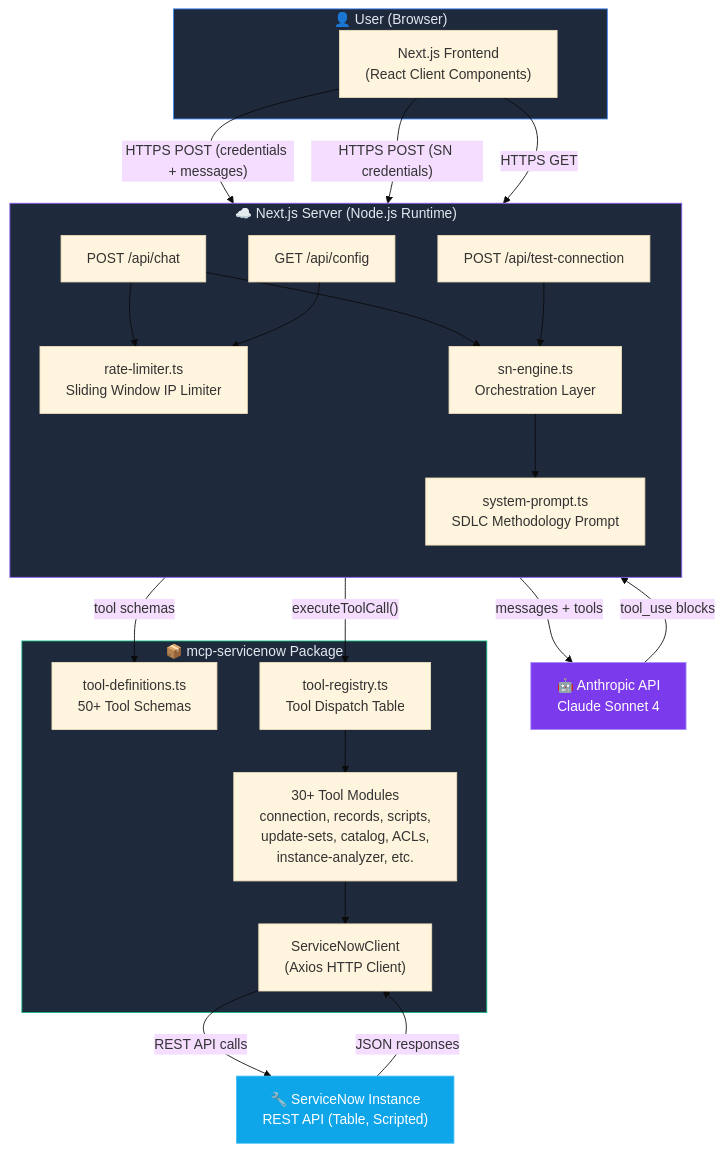
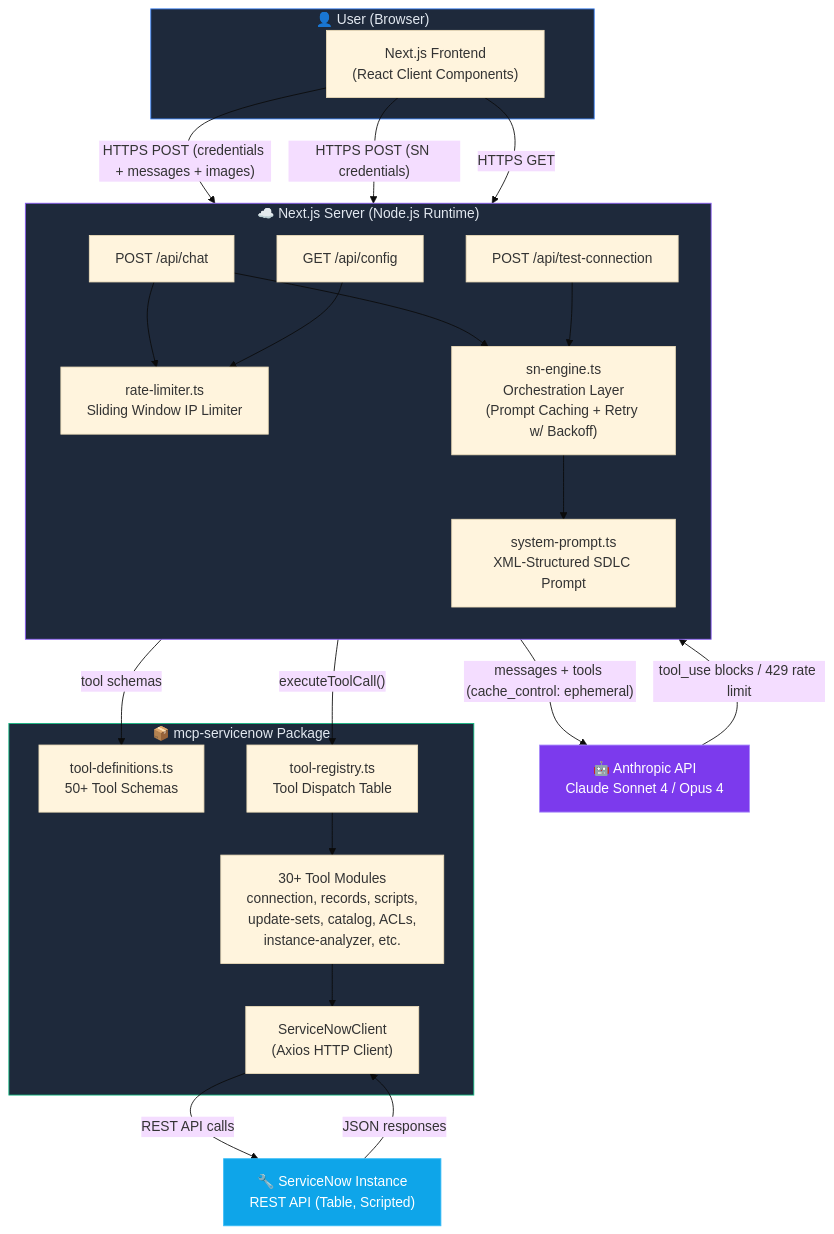
Before and after one commit to rtnsht/SN-AI-Dev-Agent: the first of 6 diagrams in docs/architecture.md, drawn with Mermaid (base theme). The commit also changed other lines of this file and 16 other files, not shown here.

````diff
--- a/docs/architecture.md
+++ b/docs/architecture.md
@@ -9,51 +9,51 @@
 ```mermaid
 graph TB
     subgraph USER["👤 User (Browser)"]
         UI["Next.js Frontend<br/>(React Client Components)"]
     end
 
     subgraph NEXTJS["☁️ Next.js Server (Node.js Runtime)"]
         direction TB
         API_CHAT["POST /api/chat"]
         API_CONN["POST /api/test-connection"]
         API_CFG["GET /api/config"]
-        ENGINE["sn-engine.ts<br/>Orchestration Layer"]
-        PROMPT["system-prompt.ts<br/>SDLC Methodology Prompt"]
+        ENGINE["sn-engine.ts<br/>Orchestration Layer<br/>(Prompt Caching + Retry w/ Backoff)"]
+        PROMPT["system-prompt.ts<br/>XML-Structured SDLC Prompt"]
         RATE["rate-limiter.ts<br/>Sliding Window IP Limiter"]
     end
 
     subgraph MCP["📦 mcp-servicenow Package"]
         DEFS["tool-definitions.ts<br/>50+ Tool Schemas"]
         REG["tool-registry.ts<br/>Tool Dispatch Table"]
         CLIENT["ServiceNowClient<br/>(Axios HTTP Client)"]
         TOOLS["30+ Tool Modules<br/>connection, records, scripts,<br/>update-sets, catalog, ACLs,<br/>instance-analyzer, etc."]
     end
 
-    ANTHROPIC["🤖 Anthropic API<br/>Claude Sonnet 4"]
+    ANTHROPIC["🤖 Anthropic API<br/>Claude Sonnet 4 / Opus 4"]
     SN["🔧 ServiceNow Instance<br/>REST API (Table, Scripted)"]
 
-    UI -- "HTTPS POST (credentials + messages)" --> API_CHAT
+    UI -- "HTTPS POST (credentials + messages + images)" --> API_CHAT
     UI -- "HTTPS POST (SN credentials)" --> API_CONN
     UI -- "HTTPS GET" --> API_CFG
 
     API_CHAT --> RATE
     API_CHAT --> ENGINE
     API_CONN --> ENGINE
     API_CFG --> RATE
 
     ENGINE --> PROMPT
     ENGINE -- "tool schemas" --> DEFS
-    ENGINE -- "messages + tools" --> ANTHROPIC
-    ANTHROPIC -- "tool_use blocks" --> ENGINE
+    ENGINE -- "messages + tools (cache_control: ephemeral)" --> ANTHROPIC
+    ANTHROPIC -- "tool_use blocks / 429 rate limit" --> ENGINE
     ENGINE -- "executeToolCall()" --> REG
     REG --> TOOLS
     TOOLS --> CLIENT
     CLIENT -- "REST API calls" --> SN
     SN -- "JSON responses" --> CLIENT
 
     style USER fill:#1e293b,stroke:#3b82f6,color:#e2e8f0
     style NEXTJS fill:#1e293b,stroke:#8b5cf6,color:#e2e8f0
     style MCP fill:#1e293b,stroke:#10b981,color:#e2e8f0
     style ANTHROPIC fill:#7c3aed,stroke:#a78bfa,color:#fff
     style SN fill:#0ea5e9,stroke:#38bdf8,color:#fff
 ```
````
